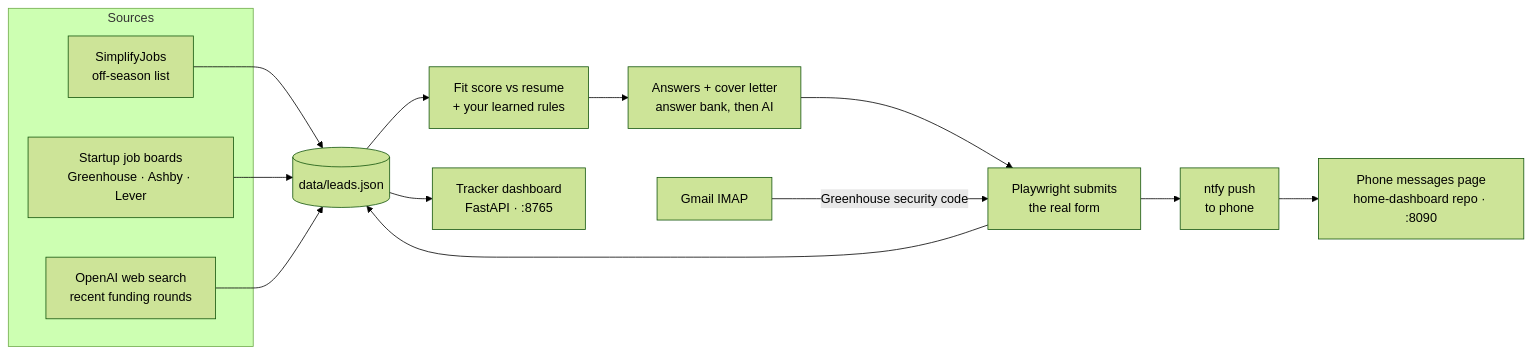
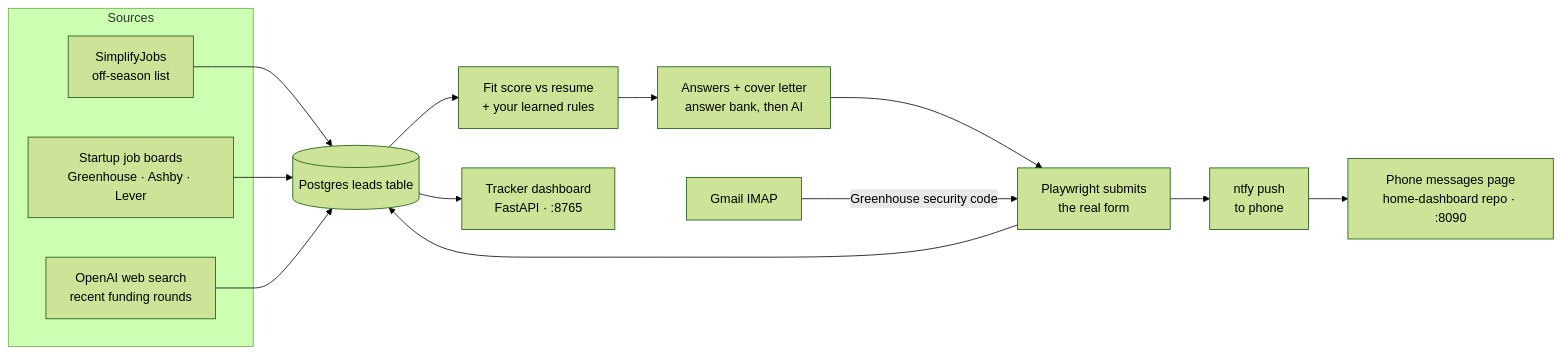
Before and after one commit to aaravhmodi/intern-agent: the diagram in README.md, drawn with Mermaid (forest theme). The commit also changed other lines of this file and 12 other files, not shown here.

First line of the commit message:
Store leads in Postgres so long jobs stop undoing dashboard updates

````diff
--- a/README.md
+++ b/README.md
@@ -68,17 +68,17 @@
 ```mermaid
 flowchart LR
   subgraph Sources
     SIM[SimplifyJobs<br/>off-season list]
     BOARDS[Startup job boards<br/>Greenhouse · Ashby · Lever]
     WEB[OpenAI web search<br/>recent funding rounds]
   end
-  SIM & BOARDS & WEB --> STORE[(data/leads.json)]
+  SIM & BOARDS & WEB --> STORE[(Postgres leads table)]
   STORE --> SCORE[Fit score vs resume<br/>+ your learned rules]
   SCORE --> PREP[Answers + cover letter<br/>answer bank, then AI]
   PREP --> SUBMIT[Playwright submits<br/>the real form]
   GMAIL[Gmail IMAP] -- Greenhouse security code --> SUBMIT
   SUBMIT --> STORE
   STORE --> DASH[Tracker dashboard<br/>FastAPI · :8765]
   SUBMIT --> NTFY[ntfy push<br/>to phone]
   NTFY --> MSGS[Phone messages page<br/>home-dashboard repo · :8090]
 ```
````
